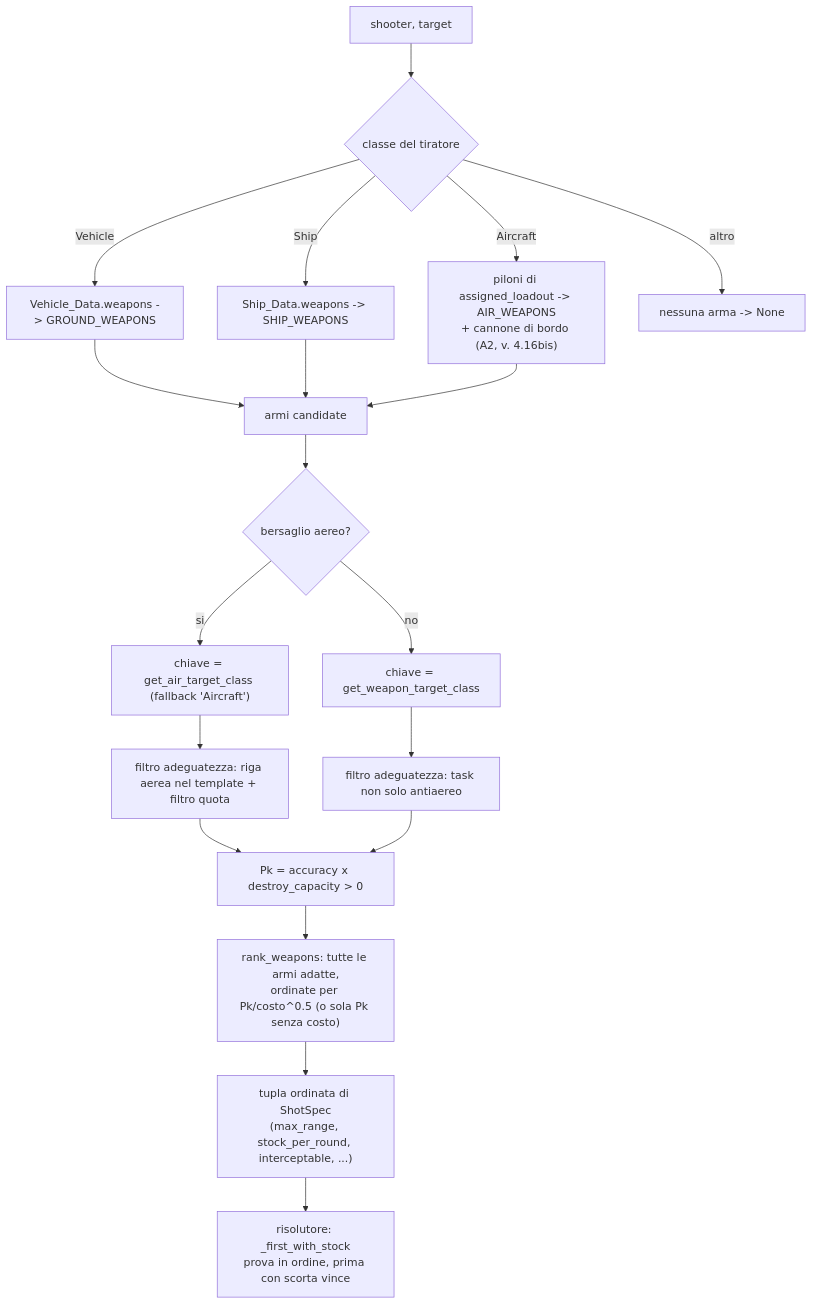
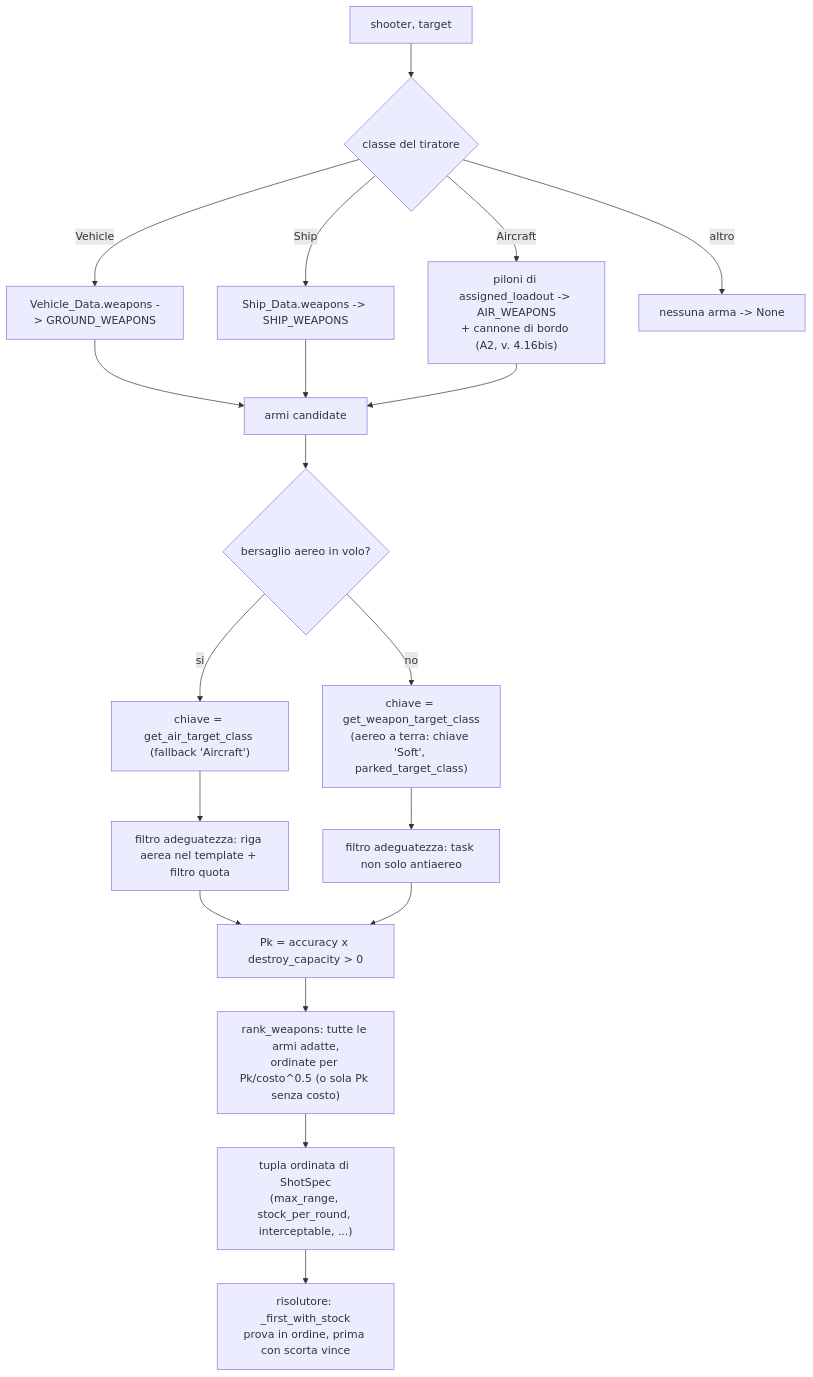
Before and after one commit to MakusIV/Warfare-Model: the fifth of 17 diagrams in Analysis/Document/Manuale_Motore_DES/05_Strato2_Risolutore_Ingaggio.md, drawn with Mermaid. The commit also changed other lines of this file and 11 other files, not shown here.

````diff
--- a/Analysis/Document/Manuale_Motore_DES/05_Strato2_Risolutore_Ingaggio.md
+++ b/Analysis/Document/Manuale_Motore_DES/05_Strato2_Risolutore_Ingaggio.md
@@ -709,21 +841,21 @@
 ```mermaid
 flowchart TD
     A["shooter, target"] --> B{"classe del tiratore"}
     B -->|Vehicle| C1["Vehicle_Data.weapons -> GROUND_WEAPONS"]
     B -->|Ship| C2["Ship_Data.weapons -> SHIP_WEAPONS"]
     B -->|Aircraft| C3["piloni di assigned_loadout -> AIR_WEAPONS<br/>+ cannone di bordo (A2, v. 4.16bis)"]
     B -->|altro| C4["nessuna arma -> None"]
     C1 --> D["armi candidate"]
     C2 --> D
     C3 --> D
-    D --> E{"bersaglio aereo?"}
+    D --> E{"bersaglio aereo in volo?"}
     E -->|si| F1["chiave = get_air_target_class (fallback 'Aircraft')"]
-    E -->|no| F2["chiave = get_weapon_target_class"]
+    E -->|no| F2["chiave = get_weapon_target_class<br/>(aereo a terra: chiave 'Soft', parked_target_class)"]
     F1 --> G["filtro adeguatezza: riga aerea nel template + filtro quota"]
     F2 --> G2["filtro adeguatezza: task non solo antiaereo"]
     G --> H["Pk = accuracy x destroy_capacity > 0"]
     G2 --> H
     H --> I["rank_weapons: tutte le armi adatte,<br/>ordinate per Pk/costo^0.5 (o sola Pk senza costo)"]
     I --> J["tupla ordinata di ShotSpec<br/>(max_range, stock_per_round, interceptable, ...)"]
     J --> K["risolutore: _first_with_stock<br/>prova in ordine, prima con scorta vince"]
 ```
````
